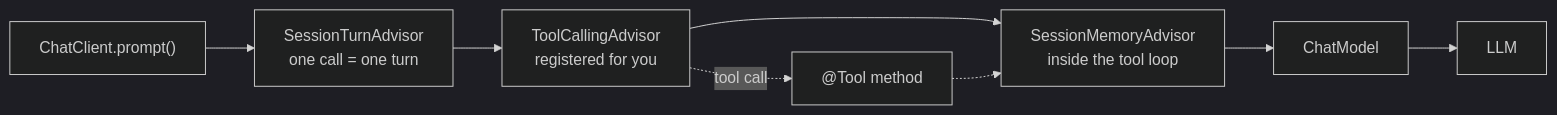
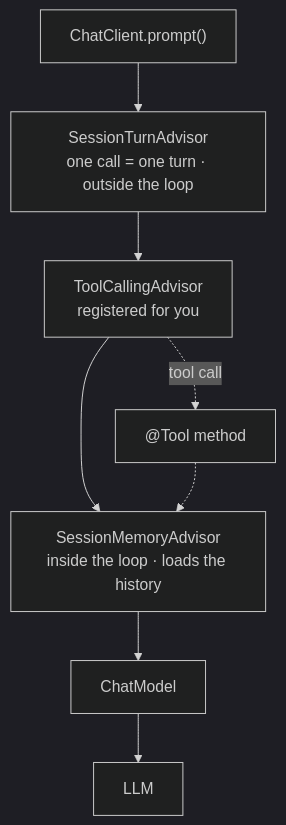
Before and after one commit to iinow/iinow.github.io: the first of 3 diagrams in _posts/2026-11-27-spring-ai-guide-en.md, drawn with Mermaid (dark theme). The commit also changed 3 other files, not shown here.

Commit message:
검색어 단어 경계 처리, Spring AI 글 다이어그램 세로 배치, README 갱신

````diff
--- a/_posts/2026-11-27-spring-ai-guide-en.md
+++ b/_posts/2026-11-27-spring-ai-guide-en.md
@@ -112,10 +112,10 @@
 ```mermaid
-flowchart LR
-  C["ChatClient.prompt()"] --> T["SessionTurnAdvisor<br/>one call = one turn"]
+flowchart TD
+  C["ChatClient.prompt()"] --> T["SessionTurnAdvisor<br/>one call = one turn · outside the loop"]
   T --> L["ToolCallingAdvisor<br/>registered for you"]
-  L --> M["SessionMemoryAdvisor<br/>inside the tool loop"]
+  L --> M["SessionMemoryAdvisor<br/>inside the loop · loads the history"]
   M --> MD["ChatModel"]
   MD --> LLM["LLM"]
   L -.->|"tool call"| TL["@Tool method"]
   TL -.-> M
 ```
````
